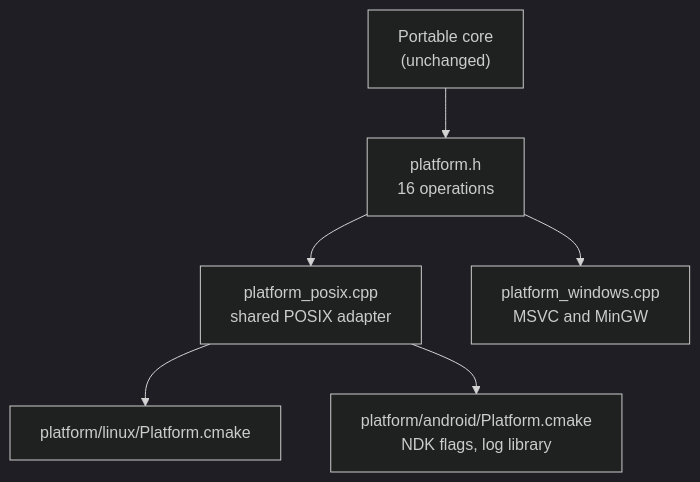
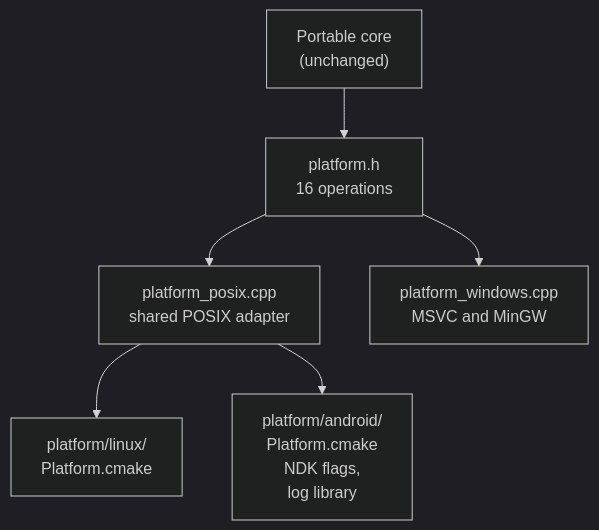
Before and after one commit to irregularthanis/ggpo-next: the diagram in doc/planning/2026-11-11-android_support/TECH_PLAN.md, drawn with Mermaid (dark theme). The commit also changed 6 other files, not shown here.

Commit message:
docs: wrap long Mermaid labels

````diff
--- a/doc/planning/2026-11-11-android_support/TECH_PLAN.md
+++ b/doc/planning/2026-11-11-android_support/TECH_PLAN.md
@@ -69,14 +69,14 @@
 ```mermaid
 flowchart TD
     Core["Portable core<br/>(unchanged)"]
     API["platform.h<br/>16 operations"]
     Posix["platform_posix.cpp<br/>shared POSIX adapter"]
     Win["platform_windows.cpp<br/>MSVC and MinGW"]
-    LinuxCfg["platform/linux/Platform.cmake"]
-    AndroidCfg["platform/android/Platform.cmake<br/>NDK flags, log library"]
+    LinuxCfg["platform/linux/<br/>Platform.cmake"]
+    AndroidCfg["platform/android/<br/>Platform.cmake<br/>NDK flags,<br/>log library"]
     Core --> API
     API --> Posix
     API --> Win
     Posix --> LinuxCfg
     Posix --> AndroidCfg
 ```
````
